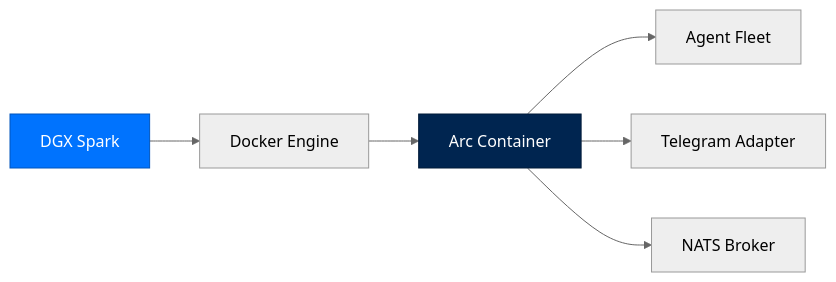
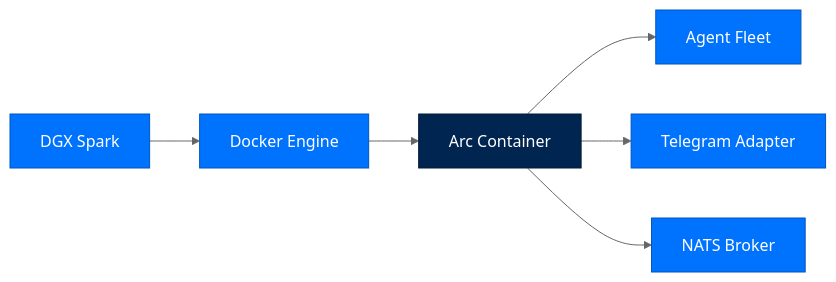
The third of 8 diagrams in docs/runbooks/deploy/overview.md (joshuamschultz/Arc), drawn with Mermaid (neutral theme) before and after one commit. The commit also changed other lines of this file and 13 other files, not shown here.

````diff
--- a/docs/runbooks/deploy/overview.md
+++ b/docs/runbooks/deploy/overview.md
@@ -418,11 +418,11 @@
 ```mermaid
 flowchart LR
-    classDef dgx fill:#0073FE,stroke:#0055BC,color:#FFFFFF
+    classDef node fill:#0073FE,stroke:#0055BC,color:#FFFFFF
     classDef arc fill:#002550,stroke:#001A38,color:#FFFFFF
 
-    DGX[DGX Spark]:::dgx --> Docker[Docker Engine]
+    DGX[DGX Spark]:::node --> Docker[Docker Engine]
     Docker --> ArcContainer[Arc Container]:::arc
     ArcContainer --> Agents[Agent Fleet]
     ArcContainer --> Telegram[Telegram Adapter]
     ArcContainer --> NATS[NATS Broker]
 ```
````
